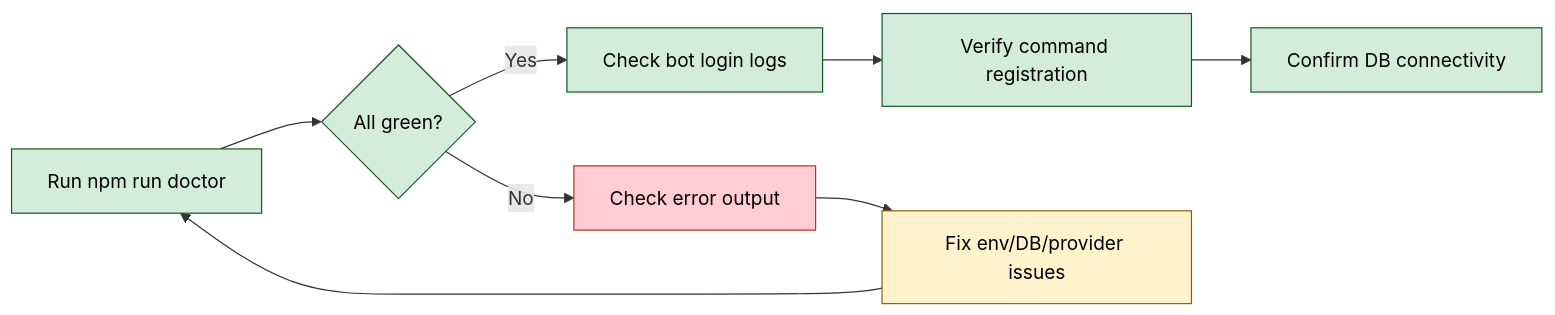
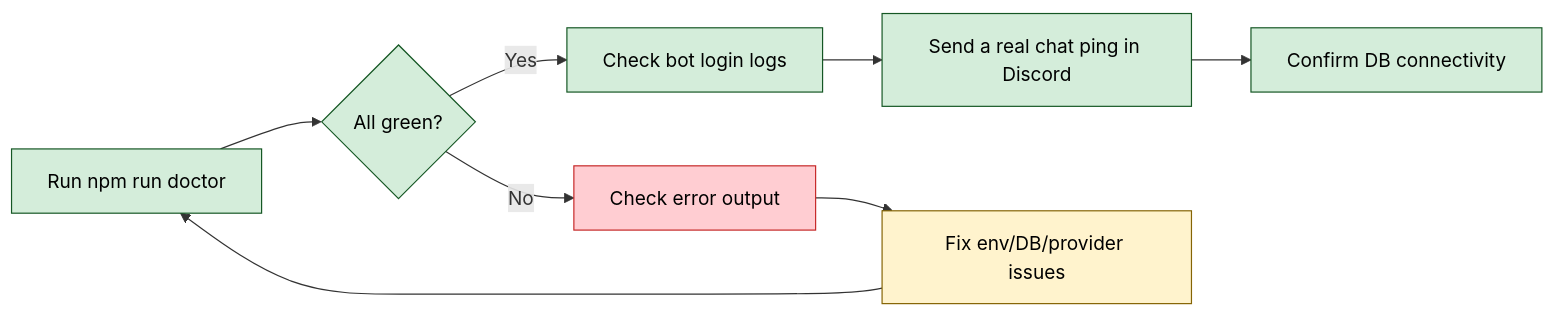
One commit to BokX1/Sage changed the first of 3 diagrams in docs/operations/RUNBOOK.md. Above: the diagram before and after it, drawn with Mermaid. The commit also changed other lines of this file and 80 other files, not shown here.

````diff
--- a/docs/operations/RUNBOOK.md
+++ b/docs/operations/RUNBOOK.md
@@ -29,15 +29,15 @@
 ```mermaid
 flowchart LR
     classDef check fill:#d4edda,stroke:#155724,color:black
     classDef action fill:#fff3cd,stroke:#856404,color:black
     classDef alert fill:#ffcdd2,stroke:#c62828,color:black
 
     A[Run npm run doctor]:::check --> B{All green?}:::check
     B -->|Yes| C[Check bot login logs]:::check
-    C --> D[Verify command registration]:::check
+    C --> D[Send a real chat ping in Discord]:::check
     D --> E[Confirm DB connectivity]:::check
 
     B -->|No| F[Check error output]:::alert
     F --> G[Fix env/DB/provider issues]:::action
     G --> A
 ```
````
